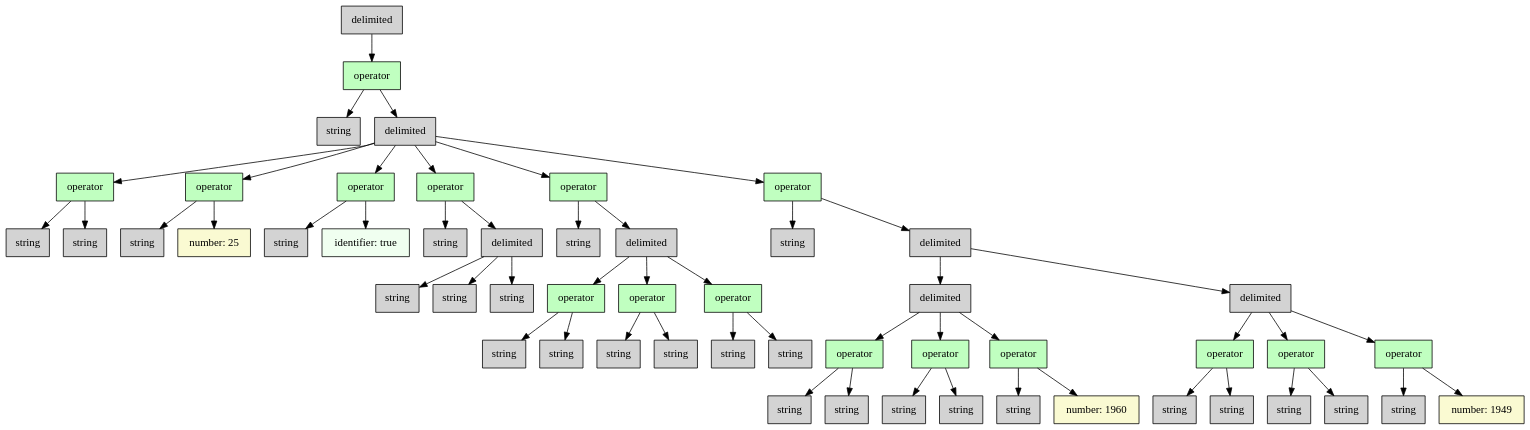
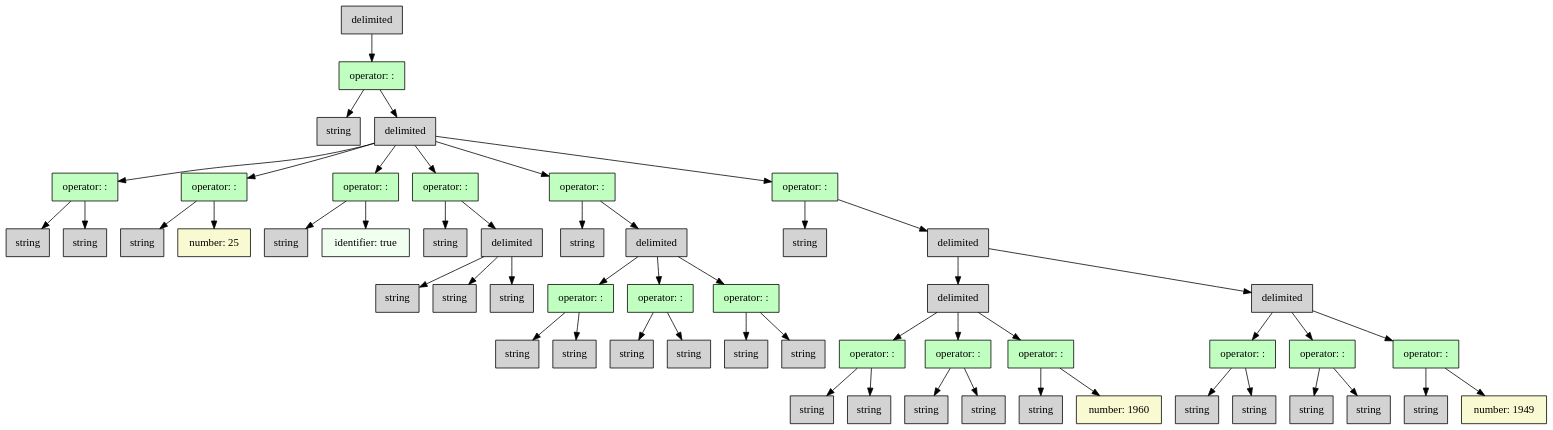
Before and after one commit to monogram-project/monogram-go: the second of 2 diagrams in docs/json_blob.md, drawn with Graphviz. The commit also changed other lines of this file and 10 other files, not shown here.

````diff
--- a/docs/json_blob.md
+++ b/docs/json_blob.md
@@ -784,112 +752,112 @@
 digraph G {
   bgcolor="transparent";
   node [shape="box", style="filled", fontname="Ubuntu Mono"];
-  "127935933057600" [label="delimited", shape="box", fillcolor="lightgray"];
-  "127935933057680" [label="operator", shape="box", fillcolor="#C0FFC0"];
-  "127935933057600" -> "127935933057680";
-  "127935933057760" [label="string", shape="box", fillcolor="lightgray"];
-  "127935933057680" -> "127935933057760";
-  "127935933057840" [label="delimited", shape="box", fillcolor="lightgray"];
-  "127935933057680" -> "127935933057840";
-  "127935933057920" [label="operator", shape="box", fillcolor="#C0FFC0"];
-  "127935933057840" -> "127935933057920";
-  "127935933058000" [label="string", shape="box", fillcolor="lightgray"];
-  "127935933057920" -> "127935933058000";
-  "127935933058080" [label="string", shape="box", fillcolor="lightgray"];
-  "127935933057920" -> "127935933058080";
-  "127935933058160" [label="operator", shape="box", fillcolor="#C0FFC0"];
-  "127935933057840" -> "127935933058160";
-  "127935933058240" [label="string", shape="box", fillcolor="lightgray"];
-  "127935933058160" -> "127935933058240";
-  "127935933058320" [label="number: 25", shape="box", fillcolor="lightgoldenrodyellow"];
-  "127935933058160" -> "127935933058320";
-  "127935933058400" [label="operator", shape="box", fillcolor="#C0FFC0"];
-  "127935933057840" -> "127935933058400";
-  "127935933058480" [label="string", shape="box", fillcolor="lightgray"];
-  "127935933058400" -> "127935933058480";
-  "127935933058560" [label="identifier: true", shape="box", fillcolor="Honeydew"];
-  "127935933058400" -> "127935933058560";
-  "127935933058640" [label="operator", shape="box", fillcolor="#C0FFC0"];
-  "127935933057840" -> "127935933058640";
-  "127935933058720" [label="string", shape="box", fillcolor="lightgray"];
-  "127935933058640" -> "127935933058720";
-  "127935933058800" [label="delimited", shape="box", fillcolor="lightgray"];
-  "127935933058640" -> "127935933058800";
-  "127935933058880" [label="string", shape="box", fillcolor="lightgray"];
-  "127935933058800" -> "127935933058880";
-  "127935933058960" [label="string", shape="box", fillcolor="lightgray"];
-  "127935933058800" -> "127935933058960";
-  "127935933059040" [label="string", shape="box", fillcolor="lightgray"];
-  "127935933058800" -> "127935933059040";
-  "127935933059120" [label="operator", shape="box", fillcolor="#C0FFC0"];
-  "127935933057840" -> "127935933059120";
-  "127935933059200" [label="string", shape="box", fillcolor="lightgray"];
-  "127935933059120" -> "127935933059200";
-  "127935933059280" [label="delimited", shape="box", fillcolor="lightgray"];
-  "127935933059120" -> "127935933059280";
-  "127935933059360" [label="operator", shape="box", fillcolor="#C0FFC0"];
-  "127935933059280" -> "127935933059360";
-  "127935933059520" [label="string", shape="box", fillcolor="lightgray"];
-  "127935933059360" -> "127935933059520";
-  "127935933059680" [label="string", shape="box", fillcolor="lightgray"];
-  "127935933059360" -> "127935933059680";
-  "127935933059760" [label="operator", shape="box", fillcolor="#C0FFC0"];
-  "127935933059280" -> "127935933059760";
-  "127935933059920" [label="string", shape="box", fillcolor="lightgray"];
-  "127935933059760" -> "127935933059920";
-  "127935933060080" [label="string", shape="box", fillcolor="lightgray"];
-  "127935933059760" -> "127935933060080";
-  "127935933060160" [label="operator", shape="box", fillcolor="#C0FFC0"];
-  "127935933059280" -> "127935933060160";
-  "127935933060320" [label="string", shape="box", fillcolor="lightgray"];
-  "127935933060160" -> "127935933060320";
-  "127935933060480" [label="string", shape="box", fillcolor="lightgray"];
-  "127935933060160" -> "127935933060480";
-  "127935933060560" [label="operator", shape="box", fillcolor="#C0FFC0"];
-  "127935933057840" -> "127935933060560";
-  "127935933060640" [label="string", shape="box", fillcolor="lightgray"];
-  "127935933060560" -> "127935933060640";
-  "127935933060720" [label="delimited", shape="box", fillcolor="lightgray"];
-  "127935933060560" -> "127935933060720";
-  "127935933060800" [label="delimited", shape="box", fillcolor="lightgray"];
-  "127935933060720" -> "127935933060800";
-  "127935933060960" [label="operator", shape="box", fillcolor="#C0FFC0"];
-  "127935933060800" -> "127935933060960";
-  "127935933061120" [label="string", shape="box", fillcolor="lightgray"];
-  "127935933060960" -> "127935933061120";
-  "127935933061280" [label="string", shape="box", fillcolor="lightgray"];
-  "127935933060960" -> "127935933061280";
-  "127935933061520" [label="operator", shape="box", fillcolor="#C0FFC0"];
-  "127935933060800" -> "127935933061520";
-  "127935933061680" [label="string", shape="box", fillcolor="lightgray"];
-  "127935933061520" -> "127935933061680";
-  "127935933061840" [label="string", shape="box", fillcolor="lightgray"];
-  "127935933061520" -> "127935933061840";
-  "127935933062080" [label="operator", shape="box", fillcolor="#C0FFC0"];
-  "127935933060800" -> "127935933062080";
-  "127935933062240" [label="string", shape="box", fillcolor="lightgray"];
-  "127935933062080" -> "127935933062240";
-  "127935933062400" [label="number: 1960", shape="box", fillcolor="lightgoldenrodyellow"];
-  "127935933062080" -> "127935933062400";
-  "127935933062560" [label="delimited", shape="box", fillcolor="lightgray"];
-  "127935933060720" -> "127935933062560";
-  "127935933062720" [label="operator", shape="box", fillcolor="#C0FFC0"];
-  "127935933062560" -> "127935933062720";
-  "127935933062880" [label="string", shape="box", fillcolor="lightgray"];
-  "127935933062720" -> "127935933062880";
-  "127935933063040" [label="string", shape="box", fillcolor="lightgray"];
-  "127935933062720" -> "127935933063040";
-  "127935933063280" [label="operator", shape="box", fillcolor="#C0FFC0"];
-  "127935933062560" -> "127935933063280";
-  "127935933063440" [label="string", shape="box", fillcolor="lightgray"];
-  "127935933063280" -> "127935933063440";
-  "127935933063600" [label="string", shape="box", fillcolor="lightgray"];
-  "127935933063280" -> "127935933063600";
-  "127935933063840" [label="operator", shape="box", fillcolor="#C0FFC0"];
-  "127935933062560" -> "127935933063840";
-  "127935933064000" [label="string", shape="box", fillcolor="lightgray"];
-  "127935933063840" -> "127935933064000";
-  "127935933064160" [label="number: 1949", shape="box", fillcolor="lightgoldenrodyellow"];
-  "127935933063840" -> "127935933064160";
+  "128030047569216" [label="delimited", shape="box", fillcolor="lightgray"];
+  "128030047569296" [label="operator: :", shape="box", fillcolor="#C0FFC0"];
+  "128030047569216" -> "128030047569296";
+  "128030047569376" [label="string", shape="box", fillcolor="lightgray"];
+  "128030047569296" -> "128030047569376";
+  "128030047569456" [label="delimited", shape="box", fillcolor="lightgray"];
+  "128030047569296" -> "128030047569456";
+  "128030047569536" [label="operator: :", shape="box", fillcolor="#C0FFC0"];
+  "128030047569456" -> "128030047569536";
+  "128030047569616" [label="string", shape="box", fillcolor="lightgray"];
+  "128030047569536" -> "128030047569616";
+  "128030047569696" [label="string", shape="box", fillcolor="lightgray"];
+  "128030047569536" -> "128030047569696";
+  "128030047569776" [label="operator: :", shape="box", fillcolor="#C0FFC0"];
+  "128030047569456" -> "128030047569776";
+  "128030047569856" [label="string", shape="box", fillcolor="lightgray"];
+  "128030047569776" -> "128030047569856";
+  "128030047569936" [label="number: 25", shape="box", fillcolor="lightgoldenrodyellow"];
+  "128030047569776" -> "128030047569936";
+  "128030047570016" [label="operator: :", shape="box", fillcolor="#C0FFC0"];
+  "128030047569456" -> "128030047570016";
+  "128030047570096" [label="string", shape="box", fillcolor="lightgray"];
+  "128030047570016" -> "128030047570096";
+  "128030047570176" [label="identifier: true", shape="box", fillcolor="Honeydew"];
+  "128030047570016" -> "128030047570176";
+  "128030047570256" [label="operator: :", shape="box", fillcolor="#C0FFC0"];
+  "128030047569456" -> "128030047570256";
+  "128030047570336" [label="string", shape="box", fillcolor="lightgray"];
+  "128030047570256" -> "128030047570336";
+  "128030047570416" [label="delimited", shape="box", fillcolor="lightgray"];
+  "128030047570256" -> "128030047570416";
+  "128030047570496" [label="string", shape="box", fillcolor="lightgray"];
+  "128030047570416" -> "128030047570496";
+  "128030047570576" [label="string", shape="box", fillcolor="lightgray"];
+  "128030047570416" -> "128030047570576";
+  "128030047570656" [label="string", shape="box", fillcolor="lightgray"];
+  "128030047570416" -> "128030047570656";
+  "128030047570736" [label="operator: :", shape="box", fillcolor="#C0FFC0"];
+  "128030047569456" -> "128030047570736";
+  "128030047570816" [label="string", shape="box", fillcolor="lightgray"];
+  "128030047570736" -> "128030047570816";
+  "128030047570896" [label="delimited", shape="box", fillcolor="lightgray"];
+  "128030047570736" -> "128030047570896";
+  "128030047570976" [label="operator: :", shape="box", fillcolor="#C0FFC0"];
+  "128030047570896" -> "128030047570976";
+  "128030047571136" [label="string", shape="box", fillcolor="lightgray"];
+  "128030047570976" -> "128030047571136";
+  "128030047571296" [label="string", shape="box", fillcolor="lightgray"];
+  "128030047570976" -> "128030047571296";
+  "128030047571376" [label="operator: :", shape="box", fillcolor="#C0FFC0"];
+  "128030047570896" -> "128030047571376";
+  "128030047571536" [label="string", shape="box", fillcolor="lightgray"];
+  "128030047571376" -> "128030047571536";
+  "128030047571696" [label="string", shape="box", fillcolor="lightgray"];
+  "128030047571376" -> "128030047571696";
+  "128030047571776" [label="operator: :", shape="box", fillcolor="#C0FFC0"];
+  "128030047570896" -> "128030047571776";
+  "128030047571936" [label="string", shape="box", fillcolor="lightgray"];
+  "128030047571776" -> "128030047571936";
+  "128030047572096" [label="string", shape="box", fillcolor="lightgray"];
+  "128030047571776" -> "128030047572096";
+  "128030047572176" [label="operator: :", shape="box", fillcolor="#C0FFC0"];
+  "128030047569456" -> "128030047572176";
+  "128030047572256" [label="string", shape="box", fillcolor="lightgray"];
+  "128030047572176" -> "128030047572256";
+  "128030047572336" [label="delimited", shape="box", fillcolor="lightgray"];
+  "128030047572176" -> "128030047572336";
+  "128030047572416" [label="delimited", shape="box", fillcolor="lightgray"];
+  "128030047572336" -> "128030047572416";
+  "128030047572576" [label="operator: :", shape="box", fillcolor="#C0FFC0"];
+  "128030047572416" -> "128030047572576";
+  "128030047572736" [label="string", shape="box", fillcolor="lightgray"];
+  "128030047572576" -> "128030047572736";
+  "128030047572896" [label="string", shape="box", fillcolor="lightgray"];
+  "128030047572576" -> "128030047572896";
+  "128030047573136" [label="operator: :", shape="box", fillcolor="#C0FFC0"];
+  "128030047572416" -> "128030047573136";
+  "128030047573296" [label="string", shape="box", fillcolor="lightgray"];
+  "128030047573136" -> "128030047573296";
+  "128030047573456" [label="string", shape="box", fillcolor="lightgray"];
+  "128030047573136" -> "128030047573456";
+  "128030047573696" [label="operator: :", shape="box", fillcolor="#C0FFC0"];
+  "128030047572416" -> "128030047573696";
+  "128030047573856" [label="string", shape="box", fillcolor="lightgray"];
+  "128030047573696" -> "128030047573856";
+  "128030047574016" [label="number: 1960", shape="box", fillcolor="lightgoldenrodyellow"];
+  "128030047573696" -> "128030047574016";
+  "128030047574176" [label="delimited", shape="box", fillcolor="lightgray"];
+  "128030047572336" -> "128030047574176";
+  "128030047574336" [label="operator: :", shape="box", fillcolor="#C0FFC0"];
+  "128030047574176" -> "128030047574336";
+  "128030047574496" [label="string", shape="box", fillcolor="lightgray"];
+  "128030047574336" -> "128030047574496";
+  "128030047574656" [label="string", shape="box", fillcolor="lightgray"];
+  "128030047574336" -> "128030047574656";
+  "128030047574896" [label="operator: :", shape="box", fillcolor="#C0FFC0"];
+  "128030047574176" -> "128030047574896";
+  "128030047575056" [label="string", shape="box", fillcolor="lightgray"];
+  "128030047574896" -> "128030047575056";
+  "128030047575216" [label="string", shape="box", fillcolor="lightgray"];
+  "128030047574896" -> "128030047575216";
+  "128030047575456" [label="operator: :", shape="box", fillcolor="#C0FFC0"];
+  "128030047574176" -> "128030047575456";
+  "128030047575616" [label="string", shape="box", fillcolor="lightgray"];
+  "128030047575456" -> "128030047575616";
+  "128030047575776" [label="number: 1949", shape="box", fillcolor="lightgoldenrodyellow"];
+  "128030047575456" -> "128030047575776";
 }
 ```
````
